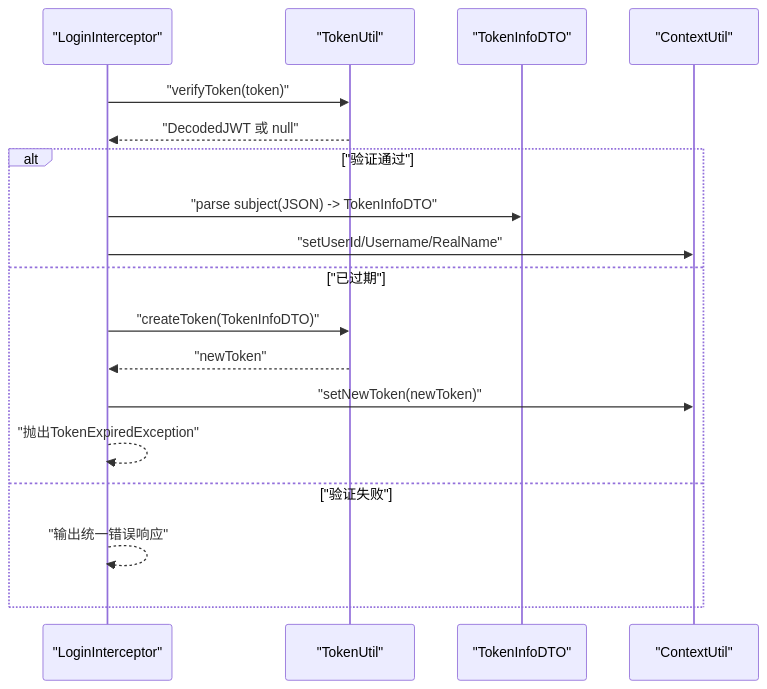
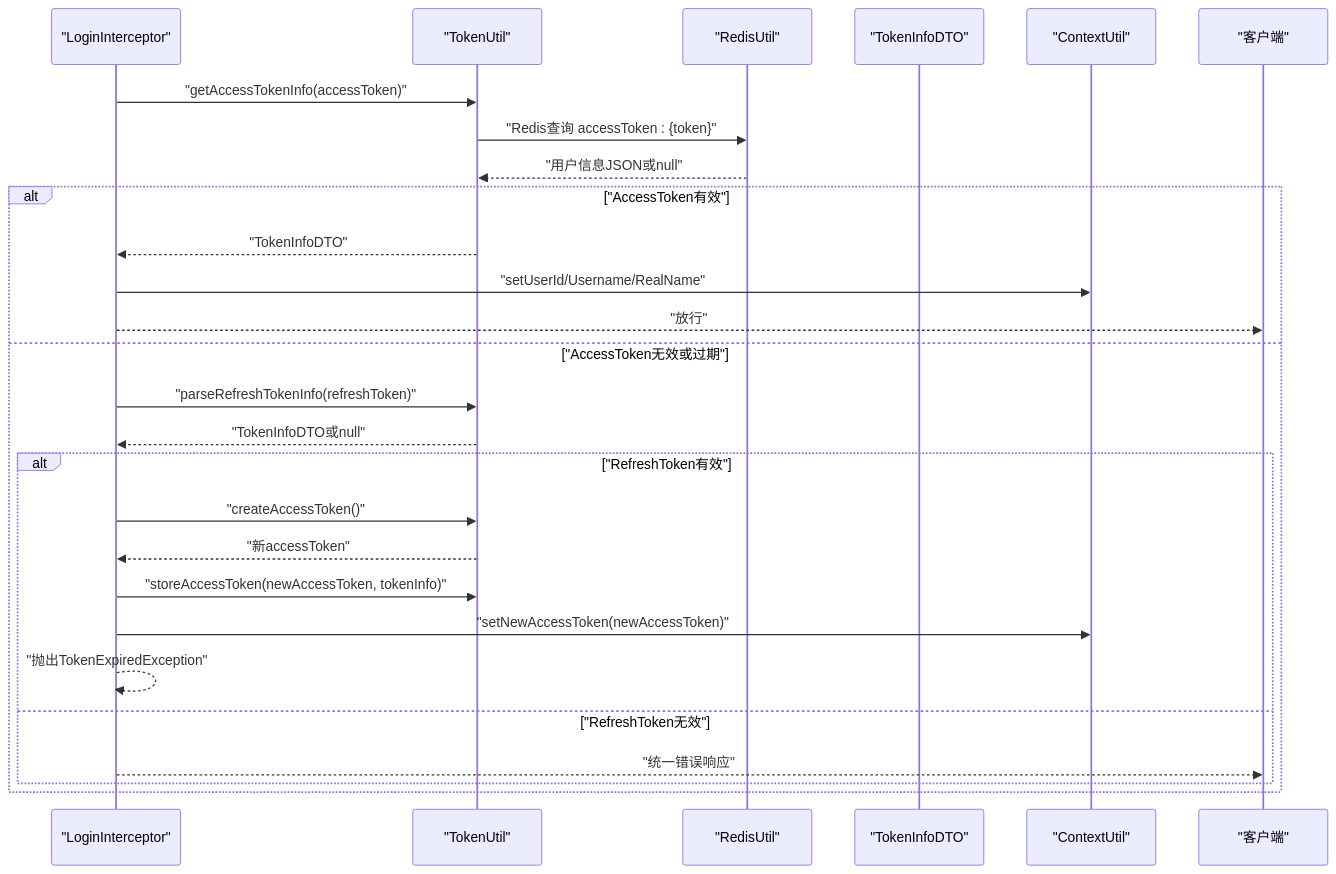
Before and after one commit to liftp/chat_simple: the fifth of 9 diagrams in .qoder/repowiki/zh/content/安全与认证/权限拦截器.md, drawn with Mermaid. The commit also changed other lines of this file and 6 other files, not shown here.

````diff
--- a/.qoder/repowiki/zh/content/安全与认证/权限拦截器.md
+++ b/.qoder/repowiki/zh/content/安全与认证/权限拦截器.md
@@ -240,20 +294,29 @@
 ```mermaid
 sequenceDiagram
 participant Inter as "LoginInterceptor"
 participant TU as "TokenUtil"
+participant RU as "RedisUtil"
 participant DTO as "TokenInfoDTO"
 participant CTX as "ContextUtil"
-Inter->>TU : "verifyToken(token)"
-TU-->>Inter : "DecodedJWT 或 null"
-alt "验证通过"
-Inter->>DTO : "parse subject(JSON) -> TokenInfoDTO"
+participant Client as "客户端"
+Inter->>TU : "getAccessTokenInfo(accessToken)"
+TU->>RU : "Redis查询 accessToken : {token}"
+RU-->>TU : "用户信息JSON或null"
+alt "AccessToken有效"
+TU-->>Inter : "TokenInfoDTO"
 Inter->>CTX : "setUserId/Username/RealName"
-else "已过期"
-Inter->>TU : "createToken(TokenInfoDTO)"
-TU-->>Inter : "newToken"
-Inter->>CTX : "setNewToken(newToken)"
+Inter-->>Client : "放行"
+else "AccessToken无效或过期"
+Inter->>TU : "parseRefreshTokenInfo(refreshToken)"
+TU-->>Inter : "TokenInfoDTO或null"
+alt "RefreshToken有效"
+Inter->>TU : "createAccessToken()"
+TU-->>Inter : "新accessToken"
+Inter->>TU : "storeAccessToken(newAccessToken, tokenInfo)"
+Inter->>CTX : "setNewAccessToken(newAccessToken)"
 Inter-->>Inter : "抛出TokenExpiredException"
-else "验证失败"
-Inter-->>Inter : "输出统一错误响应"
+else "RefreshToken无效"
+Inter-->>Client : "统一错误响应"
+end
 end
 ```
````
